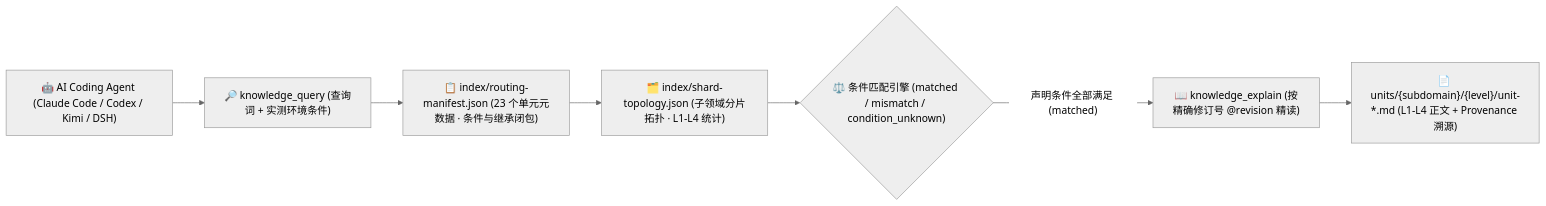
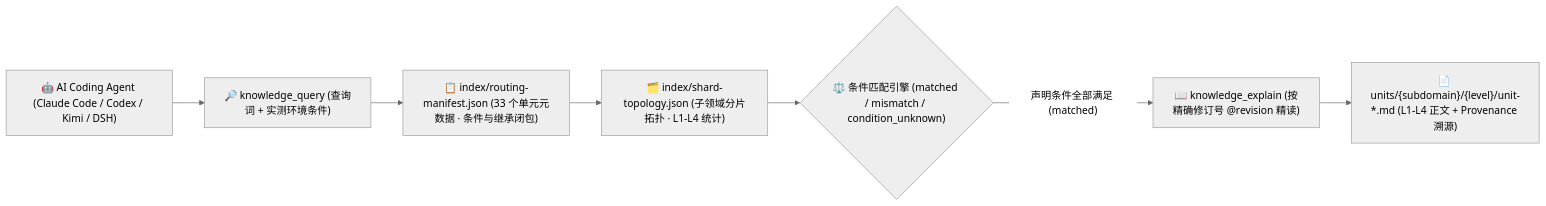
One commit to mindie-agent/knowledge-agent-engineering changed the diagram in README.md. Above: the diagram before and after it, drawn with Mermaid (neutral theme). The commit also changed other lines of this file and 6 other files, not shown here.

````diff
--- a/README.md
+++ b/README.md
@@ -97,13 +97,13 @@
 ```mermaid
 flowchart LR
   Agent["🤖 AI Coding Agent (Claude Code / Codex / Kimi / DSH)"]
   Query["🔎 knowledge_query (查询词 + 实测环境条件)"]
-  Manifest["📋 index/routing-manifest.json (23 个单元元数据 · 条件与继承闭包)"]
+  Manifest["📋 index/routing-manifest.json (33 个单元元数据 · 条件与继承闭包)"]
   Topology["🗂️ index/shard-topology.json (子领域分片拓扑 · L1-L4 统计)"]
   Match{"⚖️ 条件匹配引擎 (matched / mismatch / condition_unknown)"}
   Explain["📖 knowledge_explain (按精确修订号 @revision 精读)"]
   Units["📄 units/{subdomain}/{level}/unit-*.md (L1-L4 正文 + Provenance 溯源)"]
 
   Agent --> Query --> Manifest --> Topology --> Match
   Match -- "声明条件全部满足 (matched)" --> Explain --> Units
 ```
````
